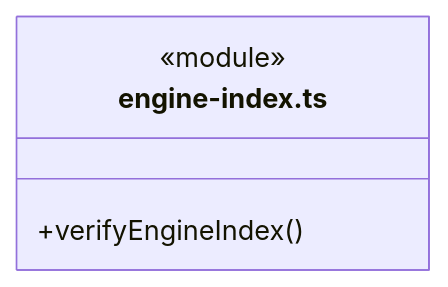
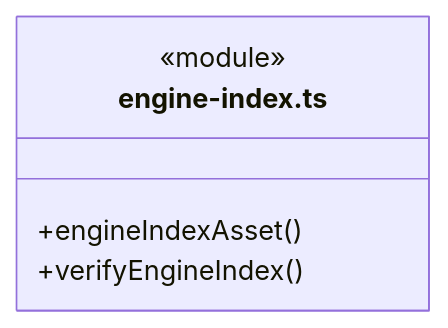
The sixth of 27 diagrams in src/logic/updates/service/ARCHITECTURE.md (nan023062/cbim), drawn with Mermaid before and after one commit. The commit also changed other lines of this file and 12 other files, not shown here.

````diff
--- a/src/logic/updates/service/ARCHITECTURE.md
+++ b/src/logic/updates/service/ARCHITECTURE.md
@@ -159,7 +161,8 @@
 ```mermaid
 classDiagram
 class N_src_logic_updates_service_engine_index_ts["engine-index.ts"] {
   <<module>>
+  +engineIndexAsset()
   +verifyEngineIndex()
 }
 ```
````
